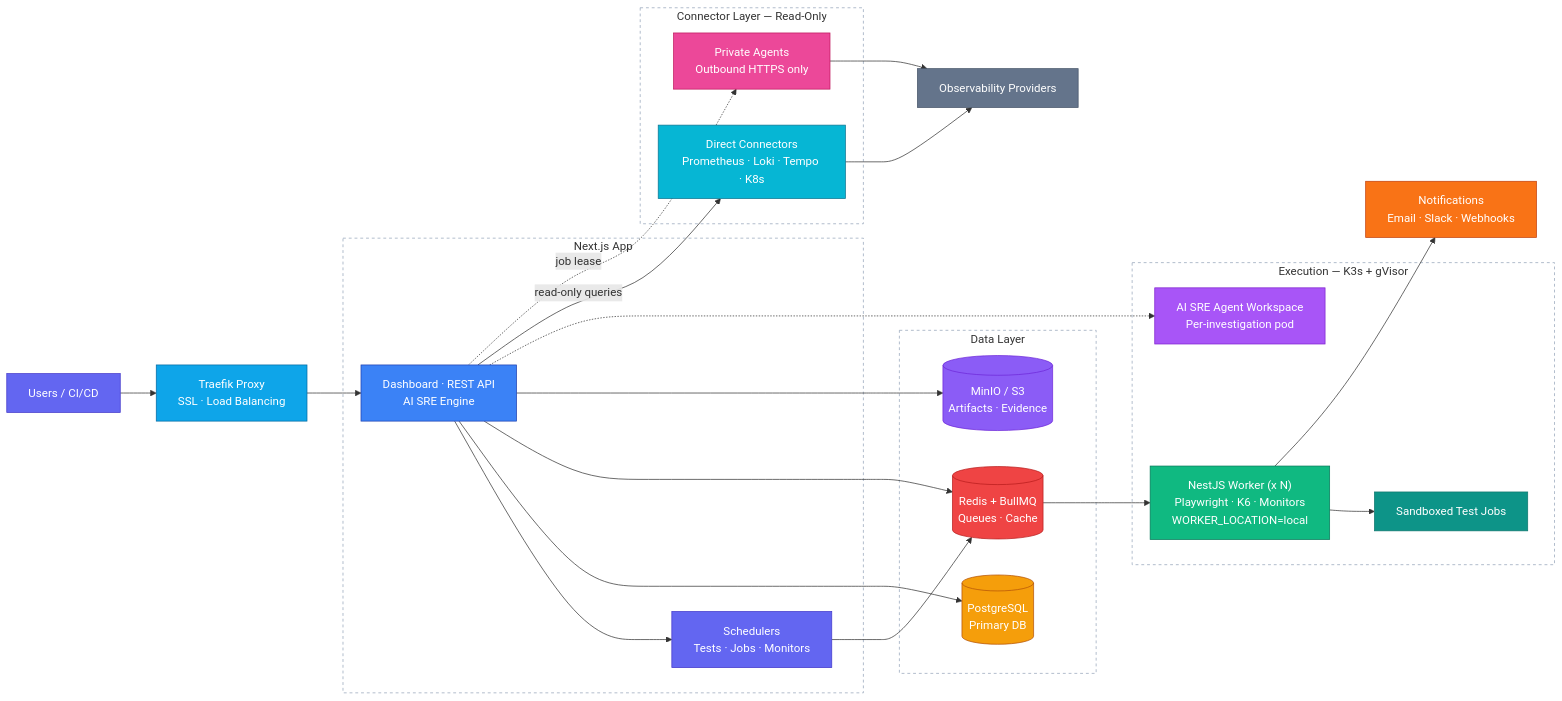
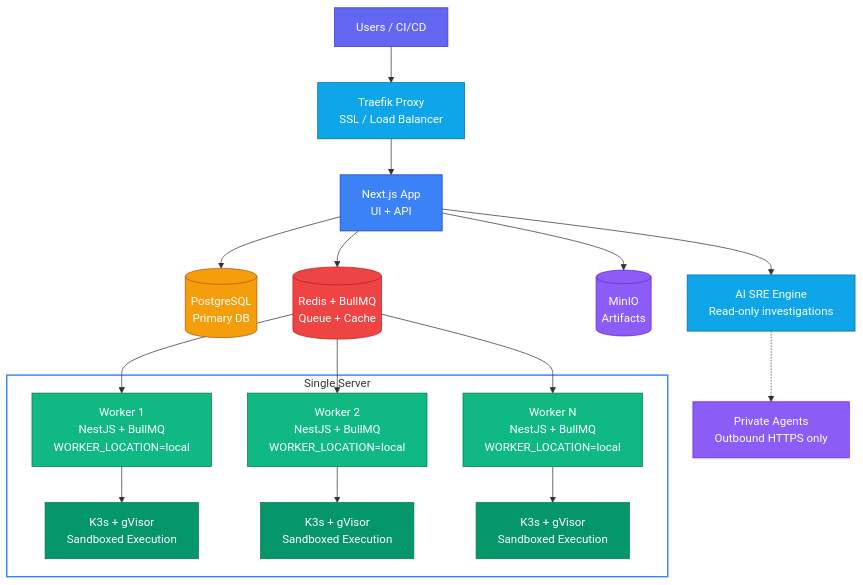
The diagram in docs/content/docs/app/deployment/self-hosted.mdx (supercheck-io/supercheck), drawn with Mermaid before and after one commit. The commit also changed 3 other files, not shown here.

First line of the commit message:
docs: restore simple architecture diagram and remove diagram scrolling

````diff
--- a/docs/content/docs/app/deployment/self-hosted.mdx
+++ b/docs/content/docs/app/deployment/self-hosted.mdx
@@ -11,63 +11,34 @@
 ```mermaid
-flowchart LR
-    Users["Users / CI/CD"] --> Traefik["Traefik Proxy<br/>SSL · Load Balancing"]
+flowchart TB
+    Users[Users / CI/CD] --> T[Traefik Proxy<br/>SSL / Load Balancer]
+    T --> App[Next.js App<br/>UI + API]
+    App --> DB[(PostgreSQL<br/>Primary DB)] & Redis[(Redis + BullMQ<br/>Queue + Cache)] & S3[(MinIO<br/>Artifacts)]
+    App --> SRE[AI SRE Engine<br/>Read-only investigations]
+    SRE -.-> Private[Private Agents<br/>Outbound HTTPS only]
 
-    subgraph APP["Next.js App"]
-        Dashboard["Dashboard · REST API<br/>AI SRE Engine"]
-        Scheduler["Schedulers<br/>Tests · Jobs · Monitors"]
+    Redis --> W1
+    Redis --> W2
+    Redis --> WN
+
+    subgraph SERVER["Single Server"]
+        W1[Worker 1<br/>NestJS + BullMQ<br/>WORKER_LOCATION=local] --> K3S_1[K3s + gVisor<br/>Sandboxed Execution]
+        W2[Worker 2<br/>NestJS + BullMQ<br/>WORKER_LOCATION=local] --> K3S_2[K3s + gVisor<br/>Sandboxed Execution]
+        WN[Worker N<br/>NestJS + BullMQ<br/>WORKER_LOCATION=local] --> K3S_N[K3s + gVisor<br/>Sandboxed Execution]
     end
 
-    subgraph DATA["Data Layer"]
-        Postgres[("PostgreSQL<br/>Primary DB")]
-        Redis[("Redis + BullMQ<br/>Queues · Cache")]
-        Storage[("MinIO / S3<br/>Artifacts · Evidence")]
-    end
-
-    subgraph EXEC["Execution — K3s + gVisor"]
-        Worker["NestJS Worker (x N)<br/>Playwright · K6 · Monitors<br/>WORKER_LOCATION=local"]
-        TestJobs["Sandboxed Test Jobs"]
-        AgentWS["AI SRE Agent Workspace<br/>Per-investigation pod"]
-    end
-
-    subgraph CONN["Connector Layer — Read-Only"]
-        Direct["Direct Connectors<br/>Prometheus · Loki · Tempo · K8s"]
-        Private["Private Agents<br/>Outbound HTTPS only"]
-    end
-
-    Providers["Observability Providers"]
-    Notify["Notifications<br/>Email · Slack · Webhooks"]
-
-    Traefik --> Dashboard
-    Dashboard --> Scheduler
-    Dashboard --> Postgres
-    Dashboard --> Redis
-    Dashboard --> Storage
-    Scheduler --> Redis
-    Redis --> Worker
-    Worker --> TestJobs
-    Dashboard -.-> AgentWS
-    Dashboard -->|read-only queries| Direct
-    Dashboard -.->|job lease| Private
-    Direct --> Providers
-    Private --> Providers
-    Worker --> Notify
-
     style Users fill:#6366f1,stroke:#4338ca,color:#fff
-    style Traefik fill:#0ea5e9,stroke:#0369a1,color:#fff
-    style Dashboard fill:#3b82f6,stroke:#1e40af,color:#fff
-    style Scheduler fill:#6366f1,stroke:#4338ca,color:#fff
-    style Postgres fill:#f59e0b,stroke:#b45309,color:#fff
+    style T fill:#0ea5e9,stroke:#0369a1,color:#fff
+    style App fill:#3b82f6,stroke:#1e40af,color:#fff
+    style DB fill:#f59e0b,stroke:#b45309,color:#fff
     style Redis fill:#ef4444,stroke:#b91c1c,color:#fff
-    style Storage fill:#8b5cf6,stroke:#6d28d9,color:#fff
-    style Worker fill:#10b981,stroke:#047857,color:#fff
-    style TestJobs fill:#0d9488,stroke:#0f766e,color:#fff
-    style AgentWS fill:#a855f7,stroke:#7e22ce,color:#fff
-    style Direct fill:#06b6d4,stroke:#0e7490,color:#fff
-    style Private fill:#ec4899,stroke:#be185d,color:#fff
-    style Providers fill:#64748b,stroke:#475569,color:#fff
-    style Notify fill:#f97316,stroke:#c2410c,color:#fff
-    style APP fill:none,stroke:#94a3b8,stroke-dasharray: 4 4
-    style DATA fill:none,stroke:#94a3b8,stroke-dasharray: 4 4
-    style EXEC fill:none,stroke:#94a3b8,stroke-dasharray: 4 4
-    style CONN fill:none,stroke:#94a3b8,stroke-dasharray: 4 4
+    style S3 fill:#8b5cf6,stroke:#6d28d9,color:#fff
+    style SRE fill:#0ea5e9,stroke:#0369a1,color:#fff
+    style Private fill:#8b5cf6,stroke:#6d28d9,color:#fff
+    style W1 fill:#10b981,stroke:#047857,color:#fff
+    style W2 fill:#10b981,stroke:#047857,color:#fff
+    style WN fill:#10b981,stroke:#047857,color:#fff
+    style K3S_1 fill:#059669,stroke:#047857,color:#fff
+    style K3S_2 fill:#059669,stroke:#047857,color:#fff
+    style K3S_N fill:#059669,stroke:#047857,color:#fff
+    style SERVER fill:none,stroke:#3b82f6,stroke-width:2px
 ```
````
